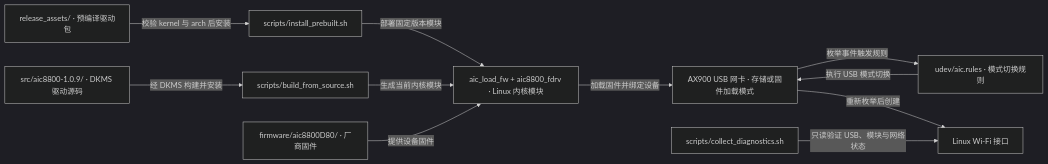
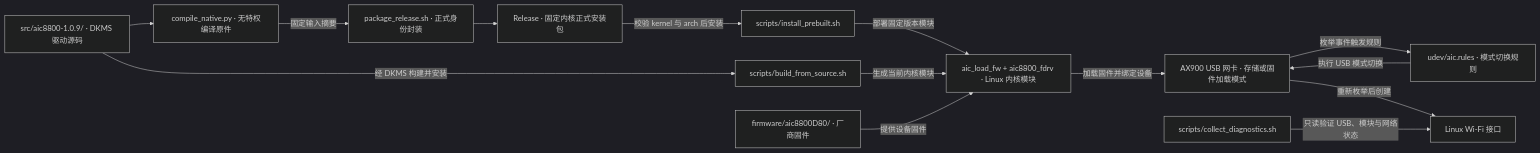
One commit to darren-you/ugreen-ax900 changed the diagram in README.md. Above: the diagram before and after it, drawn with Mermaid (dark theme). The commit also changed other lines of this file and 10 other files, not shown here.

````diff
--- a/README.md
+++ b/README.md
@@ -9,24 +9,29 @@
 ```mermaid
 flowchart LR
-    prebuilt["release_assets/ · 预编译驱动包"]
+    prebuilt["Release · 固定内核正式安装包"]
     source["src/aic8800-1.0.9/ · DKMS 驱动源码"]
+    compile["compile_native.py · 无特权编译原件"]
+    package["package_release.sh · 正式身份封装"]
     install["scripts/install_prebuilt.sh"]
     build["scripts/build_from_source.sh"]
     modules["aic_load_fw + aic8800_fdrv · Linux 内核模块"]
     firmware["firmware/aic8800D80/ · 厂商固件"]
     usb["AX900 USB 网卡 · 存储或固件加载模式"]
     udev["udev/aic.rules · 模式切换规则"]
     wifi["Linux Wi-Fi 接口"]
     diag["scripts/collect_diagnostics.sh"]
 
+    source --> compile
+    compile -->|"固定输入摘要"| package
+    package --> prebuilt
     prebuilt -->|"校验 kernel 与 arch 后安装"| install
     source -->|"经 DKMS 构建并安装"| build
     install -->|"部署固定版本模块"| modules
     build -->|"生成当前内核模块"| modules
     firmware -->|"提供设备固件"| modules
     usb -->|"枚举事件触发规则"| udev
     udev -->|"执行 USB 模式切换"| usb
     modules -->|"加载固件并绑定设备"| usb
     usb -->|"重新枚举后创建"| wifi
     diag -->|"只读验证 USB、模块与网络状态"| wifi
 ```
````
